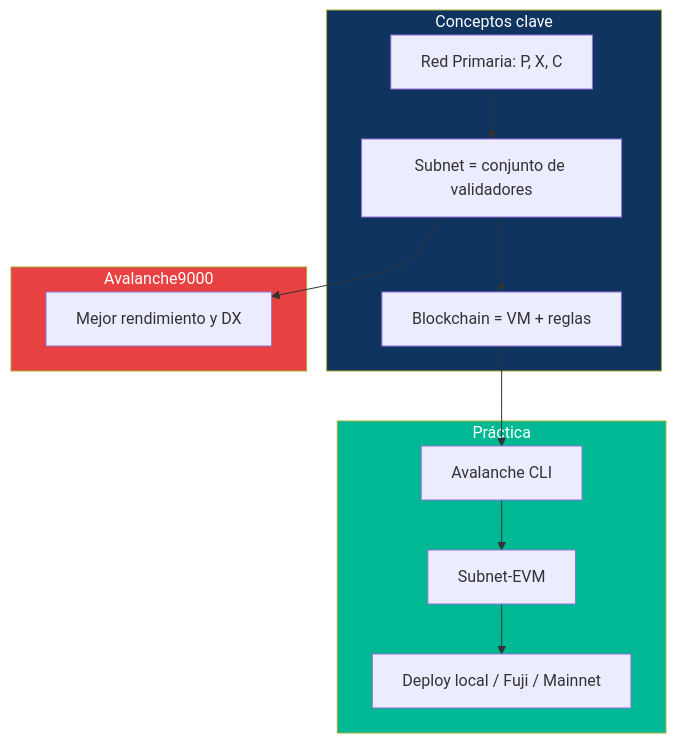
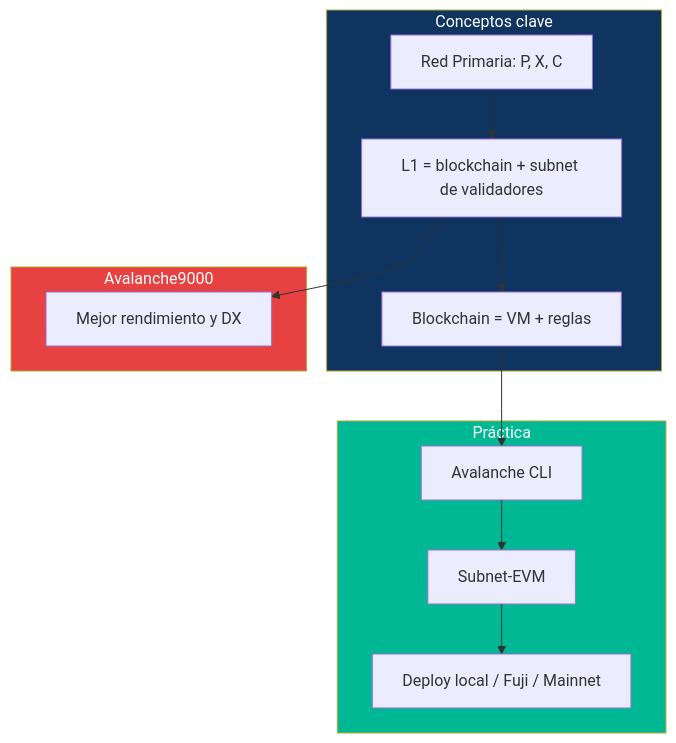
The eighth of 8 diagrams in semana-2/01-subnets-avalanche9000.md (MarxMad/Avax-Guide), drawn with Mermaid before and after one commit. The commit also changed other lines of this file and 10 other files, not shown here.

````diff
--- a/semana-2/01-subnets-avalanche9000.md
+++ b/semana-2/01-subnets-avalanche9000.md
@@ -277,26 +279,26 @@
 ```mermaid
 flowchart TB
     subgraph Conceptos["Conceptos clave"]
         A[Red Primaria: P, X, C]
-        B[Subnet = conjunto de validadores]
+        B[L1 = blockchain + subnet de validadores]
         C[Blockchain = VM + reglas]
     end
 
     subgraph Avalanche9000["Avalanche9000"]
         D[Mejor rendimiento y DX]
     end
 
     subgraph Practica["Práctica"]
         E[Avalanche CLI]
         F[Subnet-EVM]
         G[Deploy local / Fuji / Mainnet]
     end
 
     A --> B --> C
     B --> D
     C --> E --> F --> G
 
     style Conceptos fill:#0f3460,color:#fff
     style Avalanche9000 fill:#e84142,color:#fff
     style Practica fill:#00b894,color:#fff
 ```
````
